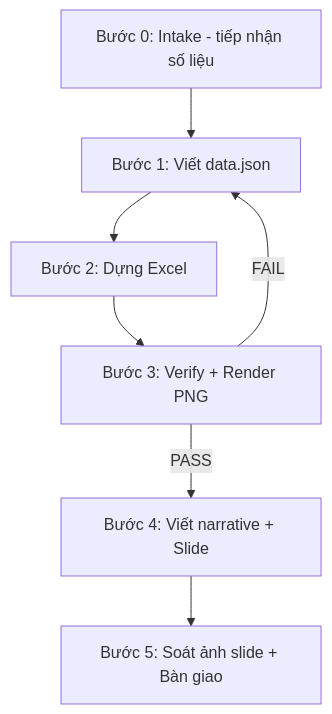
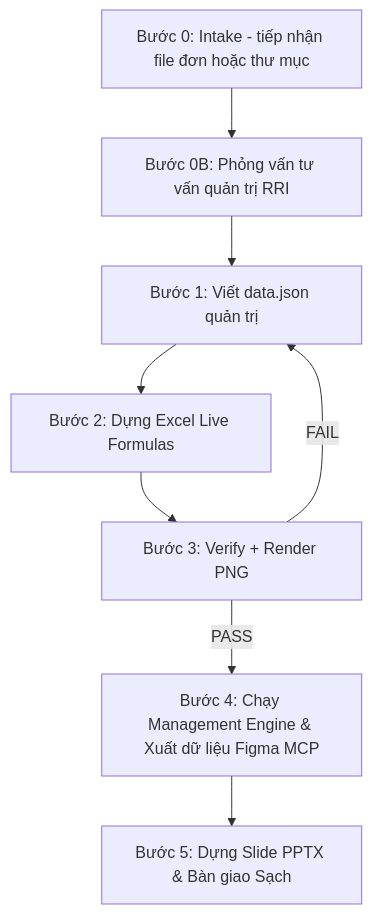
Before and after one commit to bangluutru/ai-workforce: the diagram in .agents/skills/bao-cao-kt/SKILL.md, drawn with Mermaid. The commit also changed other lines of this file and 15 other files, not shown here.

First line of the commit message:
feat(bao-cao-kt): nâng cấp skill thành Báo Cáo Tài Chính & Quản Trị

````diff
--- a/.agents/skills/bao-cao-kt/SKILL.md
+++ b/.agents/skills/bao-cao-kt/SKILL.md
@@ -38,9 +39,10 @@
 ```mermaid
 flowchart TD
-    A[Bước 0: Intake - tiếp nhận số liệu] --> B[Bước 1: Viết data.json]
-    B --> C[Bước 2: Dựng Excel]
-    C --> D[Bước 3: Verify + Render PNG]
-    D -->|FAIL| B
-    D -->|PASS| E[Bước 4: Viết narrative + Slide]
-    E --> F[Bước 5: Soát ảnh slide + Bàn giao]
+    A[Bước 0: Intake - tiếp nhận file đơn hoặc thư mục] --> B[Bước 0B: Phỏng vấn tư vấn quản trị RRI]
+    B --> C[Bước 1: Viết data.json quản trị]
+    C --> D[Bước 2: Dựng Excel Live Formulas]
+    D --> E[Bước 3: Verify + Render PNG]
+    E -->|FAIL| C
+    E -->|PASS| F[Bước 4: Chạy Management Engine & Xuất dữ liệu Figma MCP]
+    F --> G[Bước 5: Dựng Slide PPTX & Bàn giao Sạch]
 ```
````
